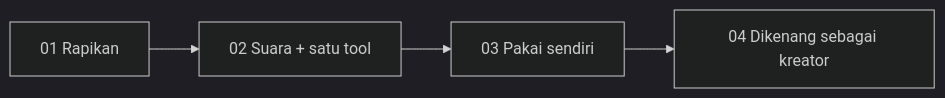
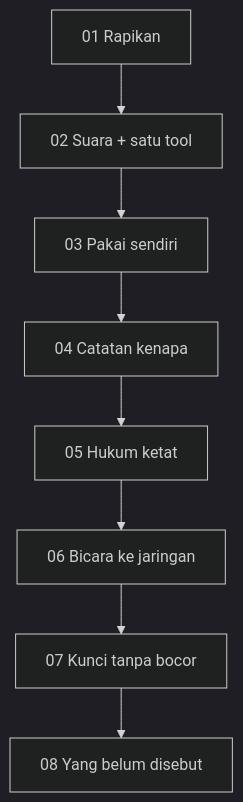
Before and after one commit to ganezha/kotak-kecil: the first of 3 diagrams in WORKFLOW.md, drawn with Mermaid (dark theme). The commit also changed other lines of this file, not shown here.

````diff
--- a/WORKFLOW.md
+++ b/WORKFLOW.md
@@ -7,6 +10,10 @@
 ```mermaid
-flowchart LR
+flowchart TD
   A[01 Rapikan] --> B[02 Suara + satu tool]
   B --> C[03 Pakai sendiri]
-  C --> D[04 Dikenang sebagai kreator]
+  C --> D[04 Catatan kenapa]
+  D --> E[05 Hukum ketat]
+  E --> F[06 Bicara ke jaringan]
+  F --> G[07 Kunci tanpa bocor]
+  G --> H[08 Yang belum disebut]
 ```
````
